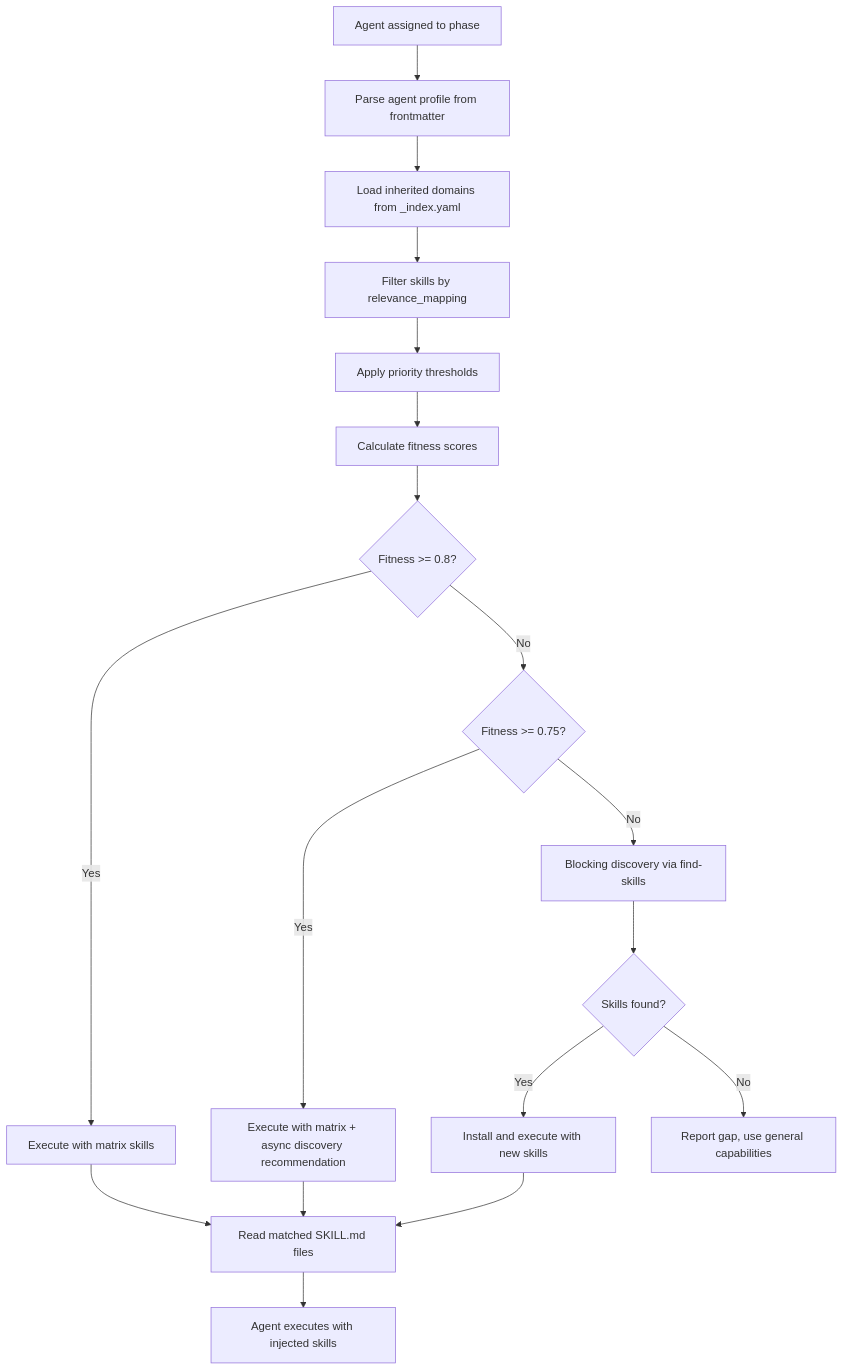
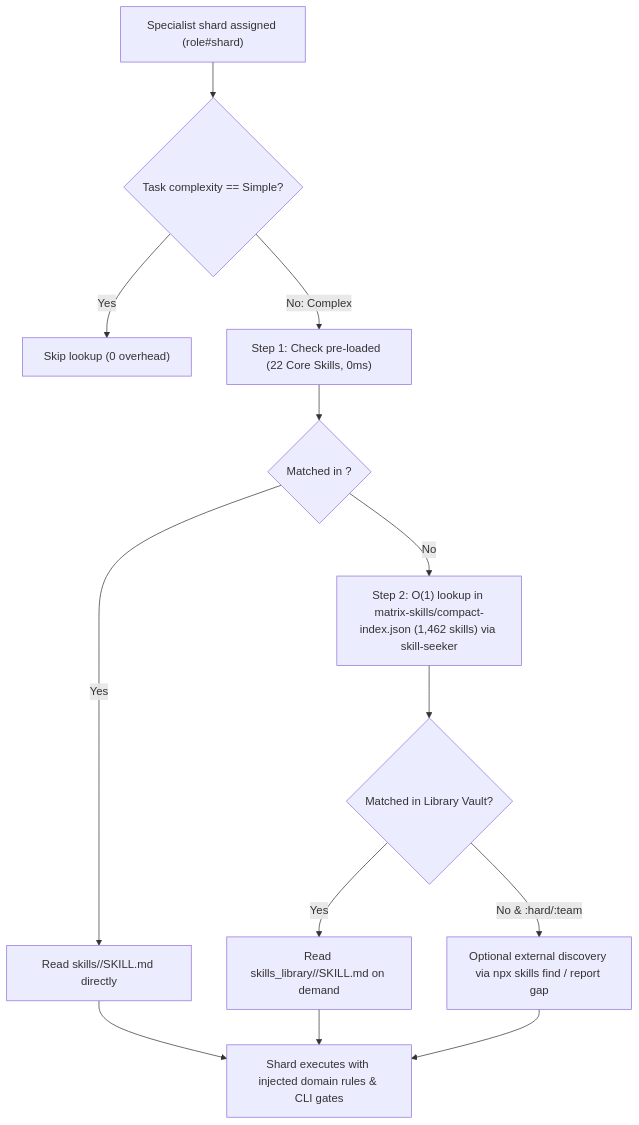
Before and after one commit to Kennyboom/BoomOpen-Workflow-Kit-Pro: the diagram in documents/knowledge-domain/03-api-contracts.md, drawn with Mermaid. The commit also changed other lines of this file and 302 other files, not shown here.

````diff
--- a/documents/knowledge-domain/03-api-contracts.md
+++ b/documents/knowledge-domain/03-api-contracts.md
@@ -368,20 +177,15 @@
 ```mermaid
 flowchart TD
-    A[Agent assigned to phase] --> B[Parse agent profile from frontmatter]
-    B --> C[Load inherited domains from _index.yaml]
-    C --> D[Filter skills by relevance_mapping]
-    D --> E[Apply priority thresholds]
-    E --> F[Calculate fitness scores]
-    F --> G{Fitness >= 0.8?}
-    G -->|Yes| H[Execute with matrix skills]
-    G -->|No| I{Fitness >= 0.75?}
-    I -->|Yes| J[Execute with matrix + async discovery recommendation]
-    I -->|No| K[Blocking discovery via find-skills]
-    K --> L{Skills found?}
-    L -->|Yes| M[Install and execute with new skills]
-    L -->|No| N[Report gap, use general capabilities]
-    H --> O[Read matched SKILL.md files]
-    J --> O
-    M --> O
-    O --> P[Agent executes with injected skills]
+    A["Specialist shard assigned (role#shard)"] --> B{"Task complexity == Simple?"}
+    B -->|Yes| C["Skip lookup (0 overhead)"]
+    B -->|No: Complex| D["Step 1: Check pre-loaded <skills> (22 Core Skills, 0ms)"]
+    D --> E{"Matched in <skills>?"}
+    E -->|Yes| F["Read skills/<id>/SKILL.md directly"]
+    E -->|No| G["Step 2: O(1) lookup in matrix-skills/compact-index.json (1,462 skills) via skill-seeker"]
+    G --> H{"Matched in Library Vault?"}
+    H -->|Yes| I["Read skills_library/<id>/SKILL.md on demand"]
+    H -->|No & :hard/:team| J["Optional external discovery via npx skills find / report gap"]
+    F --> K["Shard executes with injected domain rules & CLI gates"]
+    I --> K
+    J --> K
 ```
````
